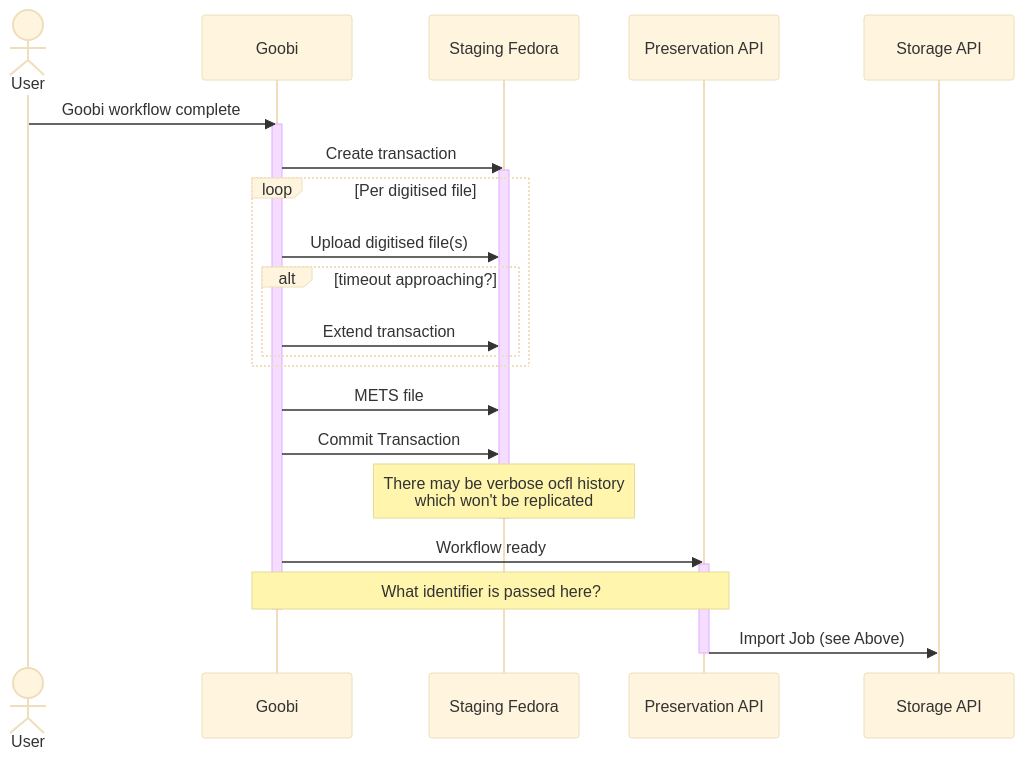
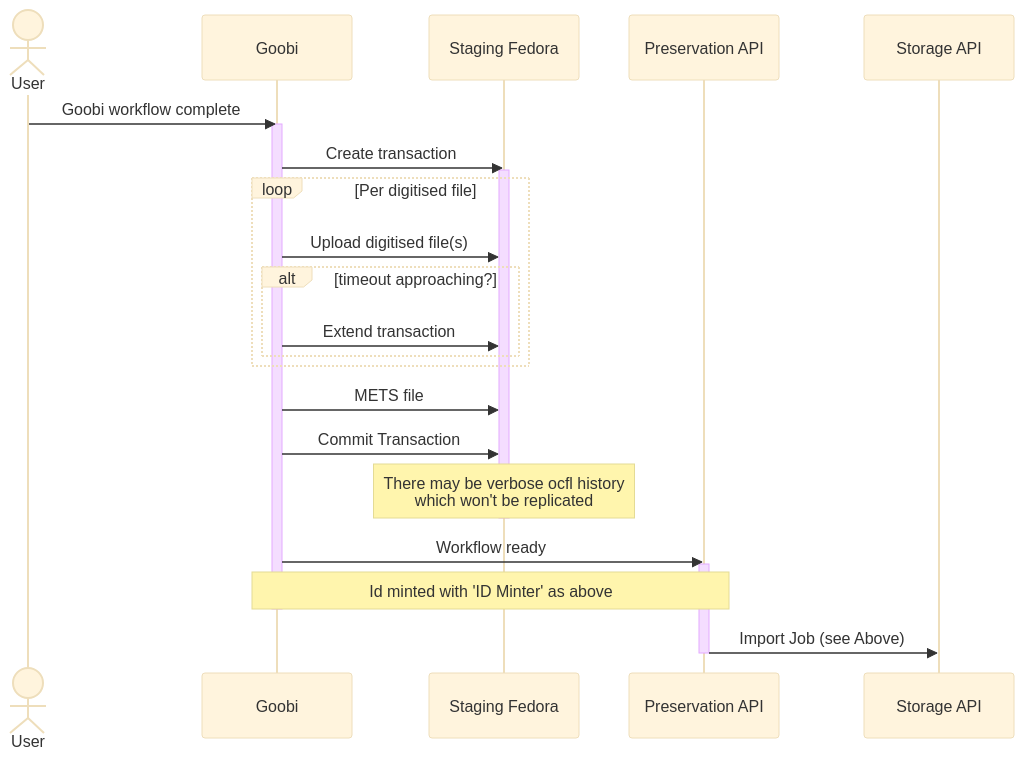
Before and after one commit to digirati-co-uk/digital-preservation-docs: the third of 3 diagrams in sequence-diagrams/goobi_api_interaction.md, drawn with Mermaid (base theme). The commit also changed other lines of this file, not shown here.

Commit message:
Tweaks to goobi diagrams

````diff
--- a/sequence-diagrams/goobi_api_interaction.md
+++ b/sequence-diagrams/goobi_api_interaction.md
@@ -124,31 +128,30 @@
 ```mermaid
 sequenceDiagram
   actor User
   participant G as Goobi
   participant FS as Staging Fedora
   participant P as Preservation API
   participant S as Storage API
 
   User->>G: Goobi workflow complete
   activate G
   G->>FS: Create transaction
   activate FS
   
   loop Per digitised file
     G->>FS: Upload digitised file(s)
     alt timeout approaching?
       G->>FS: Extend transaction
     end
   end
   G->>FS: METS file
   G->>FS: Commit Transaction
   note over FS: There may be verbose ocfl history<br>which won't be replicated
   deactivate FS
-
   G->>P:Workflow ready
   activate P
-  note over G,P: What identifier is passed here?  
+  note over G,P: Id minted with 'ID Minter' as above
   deactivate G
   P->>S:Import Job (see Above)
   deactivate P
 ```
````
